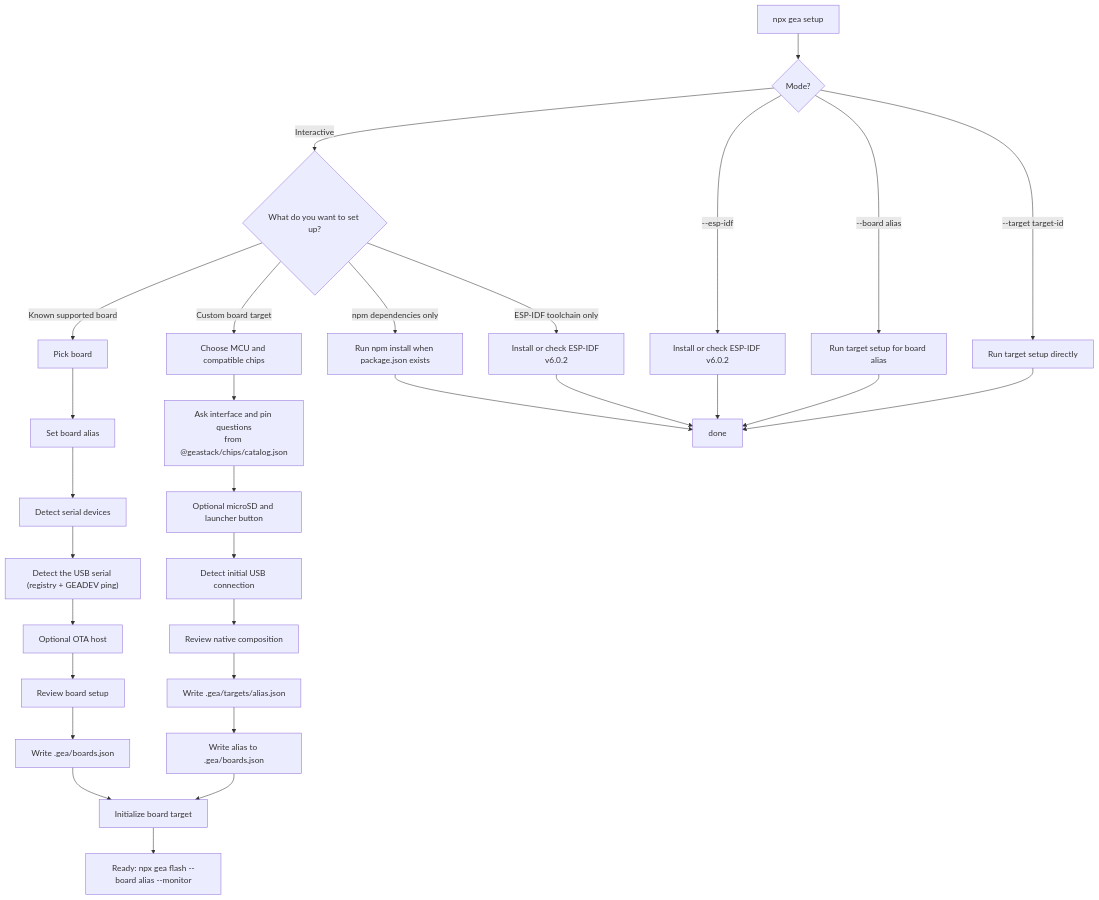
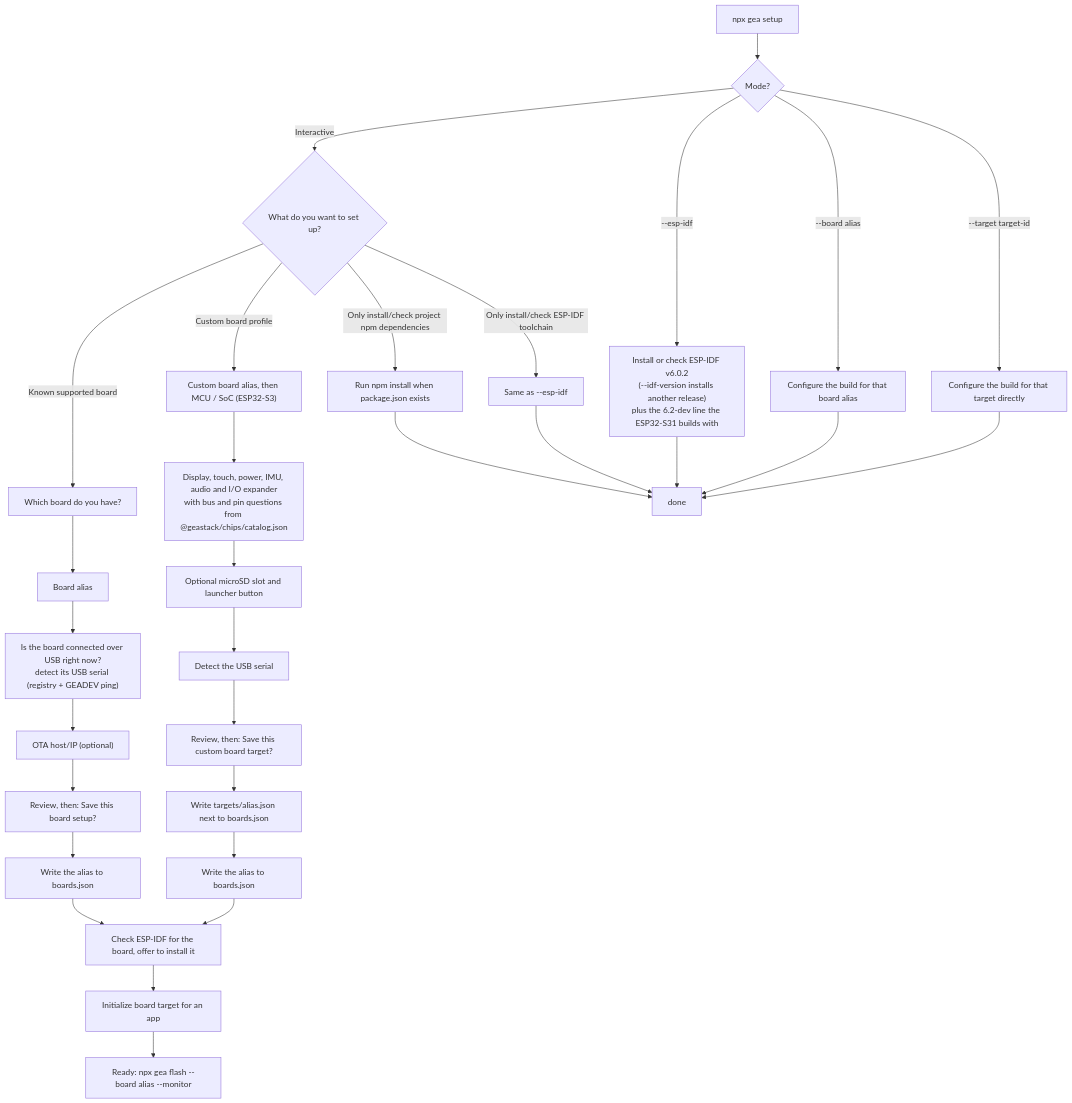
The second of 2 diagrams in README.md (geastack/cli), drawn with Mermaid before and after one commit. The commit also changed other lines of this file and 23 other files, not shown here.

First line of the commit message:
gea run --target macos, pinned ESP-IDF setup, and fixes found by following the READMEs from fresh clones

````diff
--- a/README.md
+++ b/README.md
@@ -60,38 +62,38 @@
 ```mermaid
 flowchart TD
   setup["npx gea setup"] --> mode{"Mode?"}
 
-  mode -->|"--esp-idf"| directIdf["Install or check ESP-IDF v6.0.2"]
-  mode -->|"--board alias"| directBoard["Run target setup for board alias"]
-  mode -->|"--target target-id"| directTarget["Run target setup directly"]
+  mode -->|"--esp-idf"| directIdf["Install or check ESP-IDF v6.0.2<br/>(--idf-version installs another release)<br/>plus the 6.2-dev line the ESP32-S31 builds with"]
+  mode -->|"--board alias"| directBoard["Configure the build for that board alias"]
+  mode -->|"--target target-id"| directTarget["Configure the build for that target directly"]
 
   mode -->|"Interactive"| interactive{"What do you want to set up?"}
 
-  interactive -->|"Known supported board"| knownBoard["Pick board"]
-  knownBoard --> alias["Set board alias"]
-  alias --> serial["Detect serial devices"]
-  serial --> saveSerial["Detect the USB serial (registry + GEADEV ping)"]
-  saveSerial --> ota["Optional OTA host"]
-  ota --> reviewKnown["Review board setup"]
-  reviewKnown --> writeKnown["Write .gea/boards.json"]
+  interactive -->|"Known supported board"| knownBoard["Which board do you have?"]
+  knownBoard --> alias["Board alias"]
+  alias --> serial["Is the board connected over USB right now?<br/>detect its USB serial (registry + GEADEV ping)"]
+  serial --> ota["OTA host/IP (optional)"]
+  ota --> reviewKnown["Review, then: Save this board setup?"]
+  reviewKnown --> writeKnown["Write the alias to boards.json"]
 
-  interactive -->|"Custom board target"| custom["Choose MCU and compatible chips"]
-  custom --> chipConfig["Ask interface and pin questions<br/>from @geastack/chips/catalog.json"]
-  chipConfig --> features["Optional microSD and launcher button"]
-  features --> connection["Detect initial USB connection"]
-  connection --> reviewCustom["Review native composition"]
-  reviewCustom --> writeProfile["Write .gea/targets/alias.json"]
-  writeProfile --> writeCustomAlias["Write alias to .gea/boards.json"]
+  interactive -->|"Custom board profile"| custom["Custom board alias, then MCU / SoC (ESP32-S3)"]
+  custom --> chipConfig["Display, touch, power, IMU, audio and I/O expander<br/>with bus and pin questions from @geastack/chips/catalog.json"]
+  chipConfig --> features["Optional microSD slot and launcher button"]
+  features --> connection["Detect the USB serial"]
+  connection --> reviewCustom["Review, then: Save this custom board target?"]
+  reviewCustom --> writeProfile["Write targets/alias.json next to boards.json"]
+  writeProfile --> writeCustomAlias["Write the alias to boards.json"]
 
-  interactive -->|"npm dependencies only"| npmInstall["Run npm install when package.json exists"]
-  interactive -->|"ESP-IDF toolchain only"| idfOnly["Install or check ESP-IDF v6.0.2"]
+  interactive -->|"Only install/check project npm dependencies"| npmInstall["Run npm install when package.json exists"]
+  interactive -->|"Only install/check ESP-IDF toolchain"| idfOnly["Same as --esp-idf"]
 
-  writeKnown --> initialize["Initialize board target"]
-  writeCustomAlias --> initialize
+  writeKnown --> idfCheck["Check ESP-IDF for the board, offer to install it"]
+  writeCustomAlias --> idfCheck
+  idfCheck --> initialize["Initialize board target for an app"]
   initialize --> ready["Ready: npx gea flash --board alias --monitor"]
   npmInstall --> done
   idfOnly --> done
   directIdf --> done
   directBoard --> done
   directTarget --> done
 ```
````
